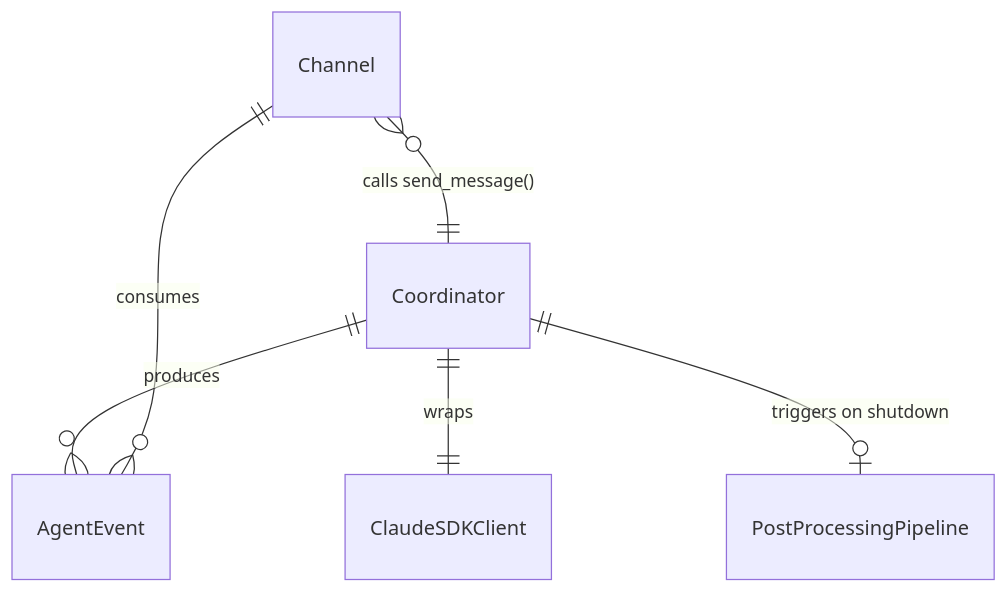
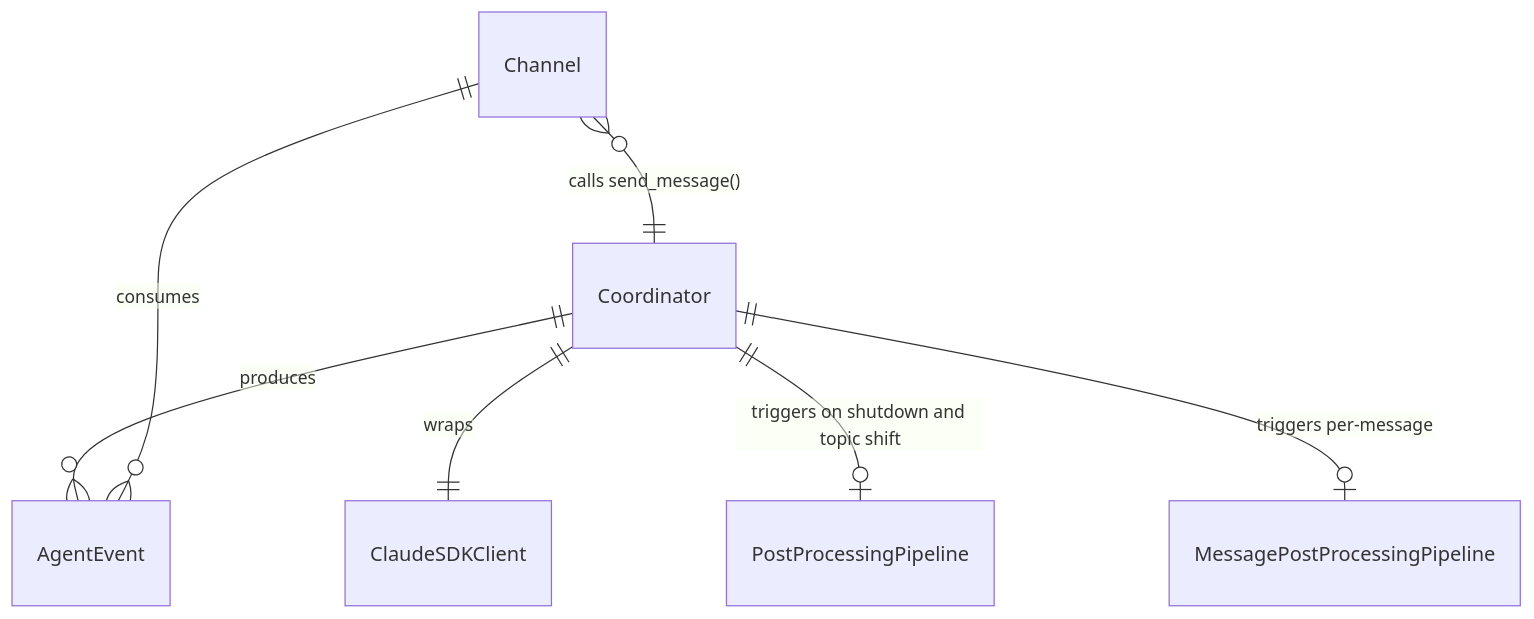
The second of 2 diagrams in docs/feature-designs/agent/core-architecture.md (asermax/tachikoma), drawn with Mermaid before and after one commit. The commit also changed other lines of this file and 13 other files, not shown here.

````diff
--- a/docs/feature-designs/agent/core-architecture.md
+++ b/docs/feature-designs/agent/core-architecture.md
@@ -116,8 +148,9 @@
 ```mermaid
 erDiagram
     Coordinator ||--|| ClaudeSDKClient : wraps
     Coordinator ||--o{ AgentEvent : produces
-    Coordinator ||--o| PostProcessingPipeline : "triggers on shutdown"
+    Coordinator ||--o| PostProcessingPipeline : "triggers on shutdown and topic shift"
+    Coordinator ||--o| MessagePostProcessingPipeline : "triggers per-message"
     Channel ||--o{ AgentEvent : consumes
     Channel }o--|| Coordinator : "calls send_message()"
 ```
````
